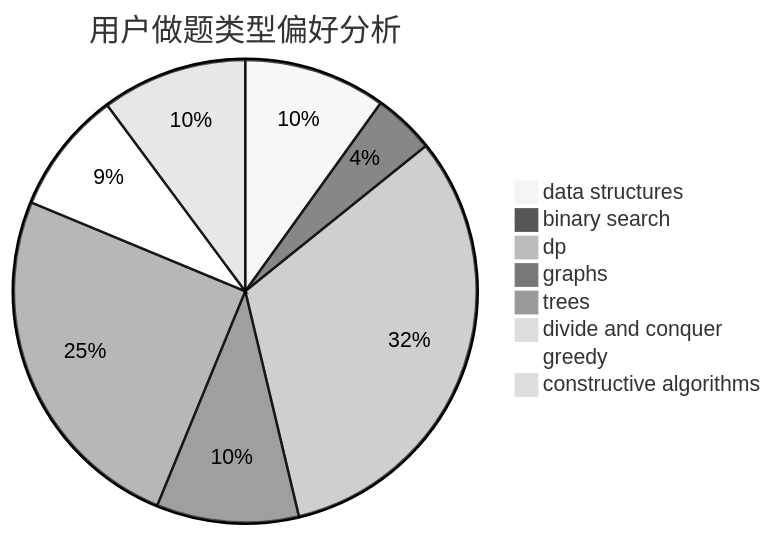
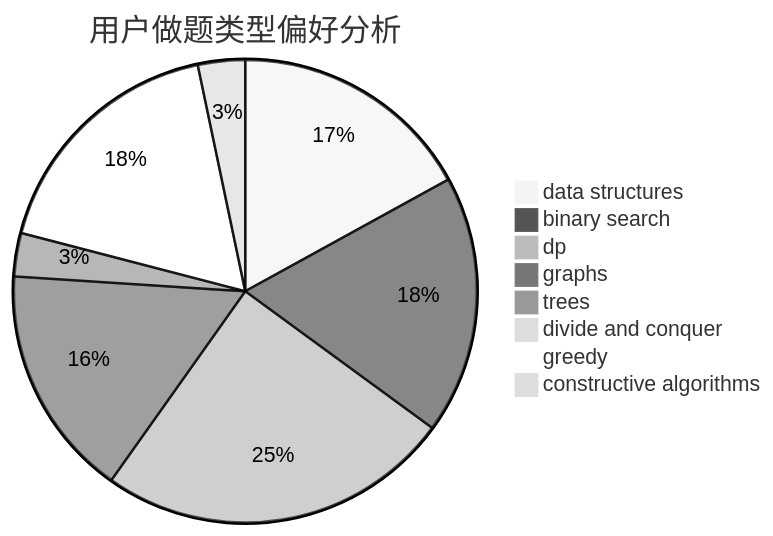
The second of 3 diagrams in docs/user/u2507.md (sherpahu/cfrs.github.io), drawn with Mermaid (neutral theme) before and after one commit. The commit also changed other lines of this file and 2770 other files, not shown here.

````diff
--- a/docs/user/u2507.md
+++ b/docs/user/u2507.md
@@ -23,11 +23,11 @@
 ```mermaid
 pie title 用户做题类型偏好分析
-    "data structures" :  44
-    "binary search" :  19
-    "dp" :  142
-    "graphs" :  44
-    "trees" :  111
-    "divide and conquer" :  0
-    "greedy" :  38
-    "constructive algorithms" :  45
+    "data structures" :  129
+    "binary search" :  137
+    "dp" :  188
+    "graphs" :  123
+    "trees" :  23
+    "divide and conquer" :  1
+    "greedy" :  134
+    "constructive algorithms" :  25
 ```
````
